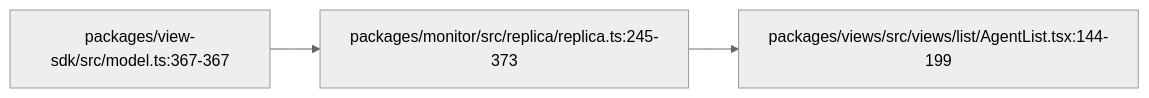
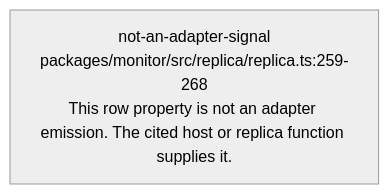
One commit to vibefield/puppeteer changed the diagram in audit/godview/evidence/claude/receded.mmd. Above: the diagram before and after it, drawn with Mermaid (neutral theme). The commit also changed 746 other files, not shown here.

First line of the commit message:
Apply adapter-specific UI reachability to first-half monitor traces.

```diff
--- a/audit/godview/evidence/claude/receded.mmd
+++ b/audit/godview/evidence/claude/receded.mmd
@@ -1,9 +1,5 @@
-%% graph_ref: path.window
-%% shared_map: 07e71c9bcb9532fc181e3f667f2d0ed2e7c9afaf
+%% field: field.receded
+%% adapter: claude
 %% forensic: source-read 748d015a7e393112e0a91dad80111fdf5abe6583; not a live sample
-flowchart LR
-  n0["packages/view-sdk/src/model.ts:367-367"]
-  n1["packages/monitor/src/replica/replica.ts:245-373"]
-  n0 --> n1
-  n2["packages/views/src/views/list/AgentList.tsx:144-199"]
-  n1 --> n2
+flowchart TD
+  n0["not-an-adapter-signal\npackages/monitor/src/replica/replica.ts:259-268\nThis row property is not an adapter emission. The cited host or replica function supplies it."]
```
